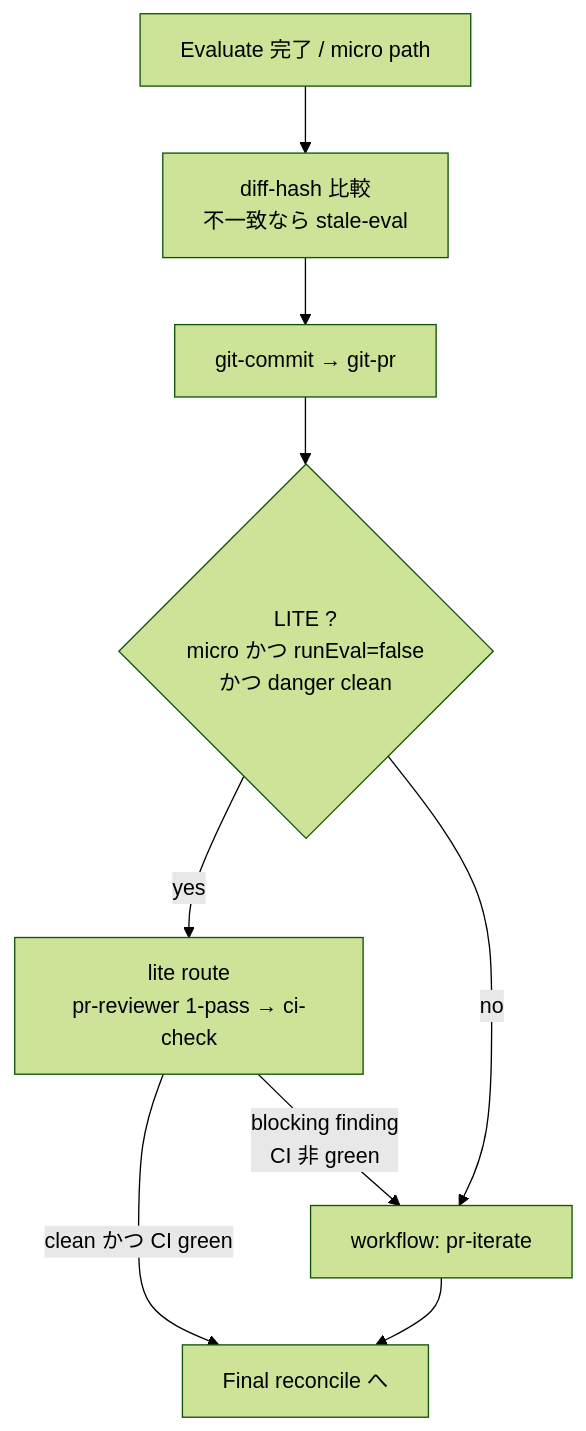
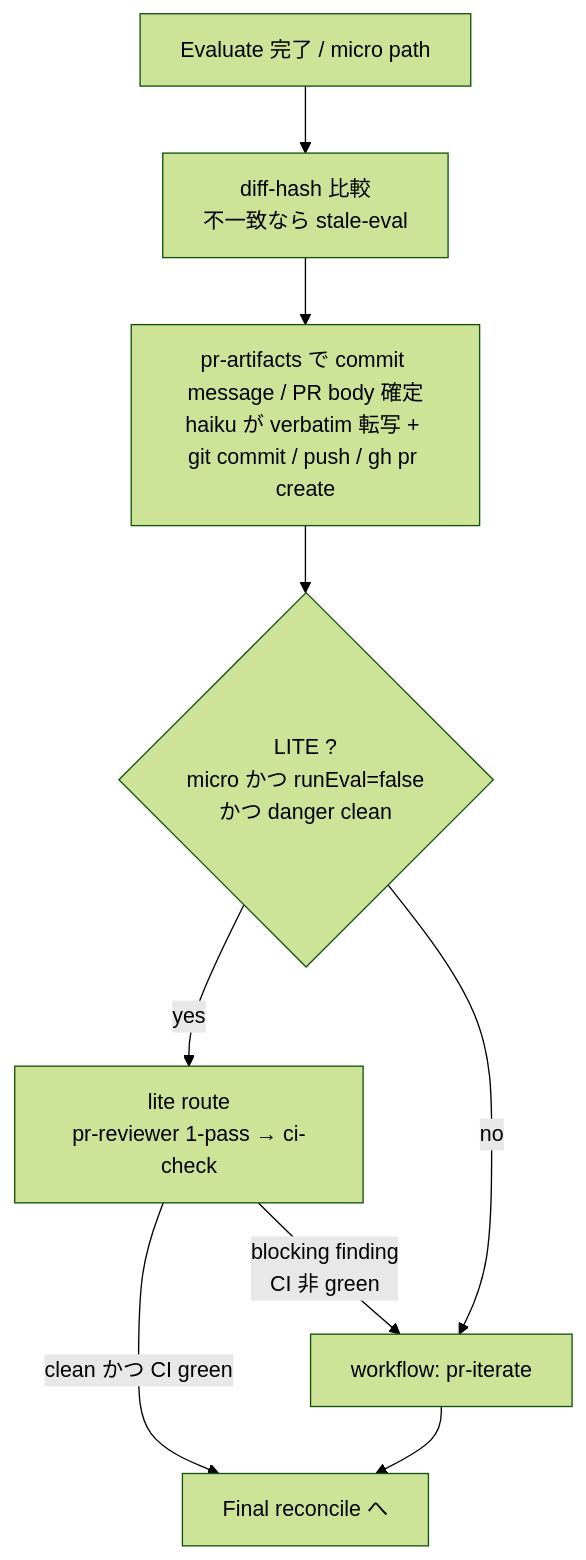
Before and after one commit to it-all-playpark/skills: the ninth of 14 diagrams in docs/dev-flow-atlas.md, drawn with Mermaid (forest theme). The commit also changed 10 other files, not shown here.

First line of the commit message:
refactor(dev-flow): PR phase の commit message / PR body を純関数で生成し、sonnet の git-commit / git-pr skill 呼び出しを haiku の verbatim 転写に置き換える (#642) (#648)

````diff
--- a/docs/dev-flow-atlas.md
+++ b/docs/dev-flow-atlas.md
@@ -206,11 +206,11 @@
 ```mermaid
 flowchart TD
     IN["Evaluate 完了 / micro path"] --> R1["diff-hash 比較<br/>不一致なら stale-eval"]
-    R1 --> R2["git-commit → git-pr"]
+    R1 --> R2["pr-artifacts で commit message / PR body 確定<br/>haiku が verbatim 転写 + git commit / push / gh pr create"]
     R2 --> R4{"LITE ?<br/>micro かつ runEval=false<br/>かつ danger clean"}
     R4 -->|yes| LITE["lite route<br/>pr-reviewer 1-pass → ci-check"]
     R4 -->|no| FULL["workflow: pr-iterate"]
     LITE -->|"clean かつ CI green"| OUT["Final reconcile へ"]
     LITE -->|"blocking finding<br/>CI 非 green"| FULL
     FULL --> OUT
 ```
````
